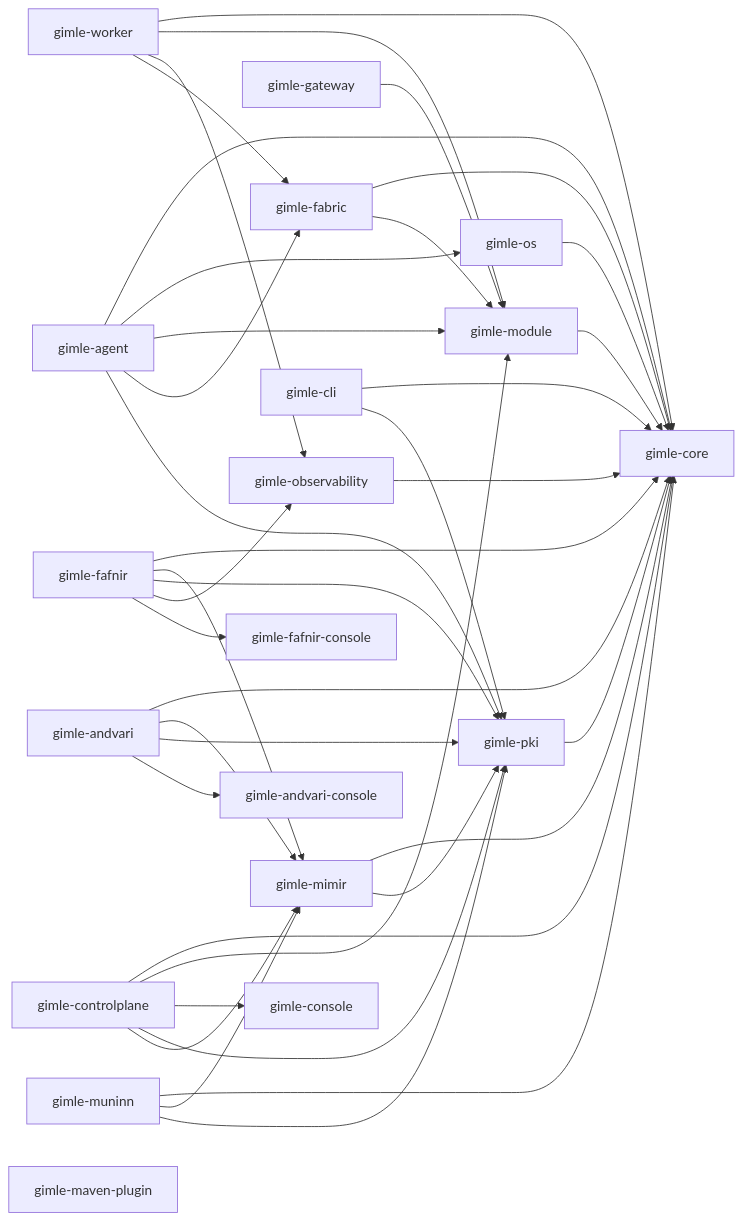
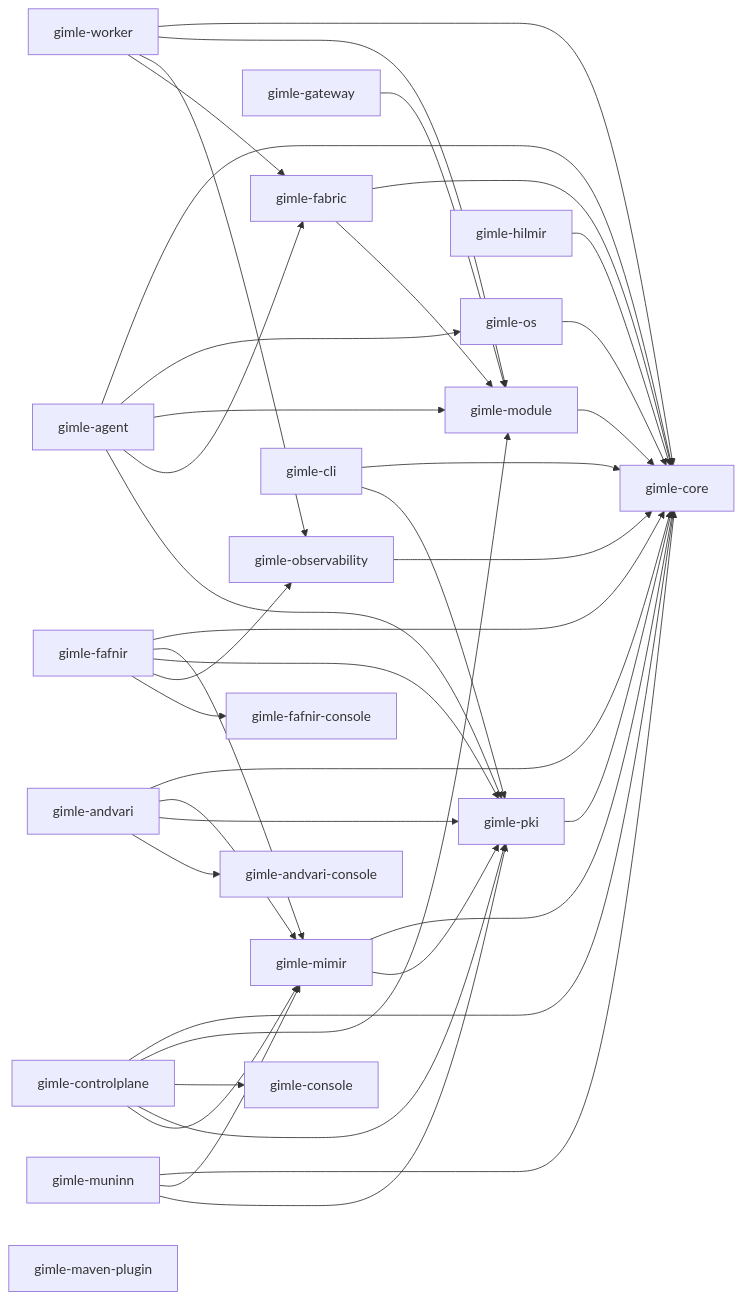
Before and after one commit to ghiloufibg/gimle: the diagram in gimle-docs/docs/contributing/project-structure.md, drawn with Mermaid. The commit also changed other lines of this file and 1 other file, not shown here.

Commit message:
docs: document gimle-hilmir, including the new release verbs
Adds the missing hilmir reference page (bootstrap verbs + the six
release verbs + bundle format) and a project-structure module row.

````diff
--- a/gimle-docs/docs/contributing/project-structure.md
+++ b/gimle-docs/docs/contributing/project-structure.md
@@ -16,42 +16,43 @@
 ```mermaid
 graph LR
     core[gimle-core]
     module[gimle-module] --> core
     os[gimle-os] --> core
     observability[gimle-observability] --> core
     fabric[gimle-fabric] --> core
     fabric --> module
     gateway[gimle-gateway] --> module
     pki[gimle-pki] --> core
     worker[gimle-worker] --> core
     worker --> module
     worker --> observability
     worker --> fabric
     agent[gimle-agent] --> core
     agent --> os
     agent --> module
     agent --> fabric
     agent --> pki
     mimir[gimle-mimir] --> core
     mimir --> pki
     fafnir[gimle-fafnir] --> core
     fafnir --> mimir
     fafnir --> pki
     fafnir --> observability
     fafnir --> fafnirconsole[gimle-fafnir-console]
     muninn[gimle-muninn] --> core
     muninn --> mimir
     muninn --> pki
     andvari[gimle-andvari] --> core
     andvari --> mimir
     andvari --> pki
     andvari --> andvariconsole[gimle-andvari-console]
     controlplane[gimle-controlplane] --> core
     controlplane --> module
     controlplane --> console[gimle-console]
     controlplane --> pki
     controlplane --> mimir
     cli[gimle-cli] --> core
     cli --> pki
+    hilmir[gimle-hilmir] --> core
     mavenplugin[gimle-maven-plugin]
 ```
````
